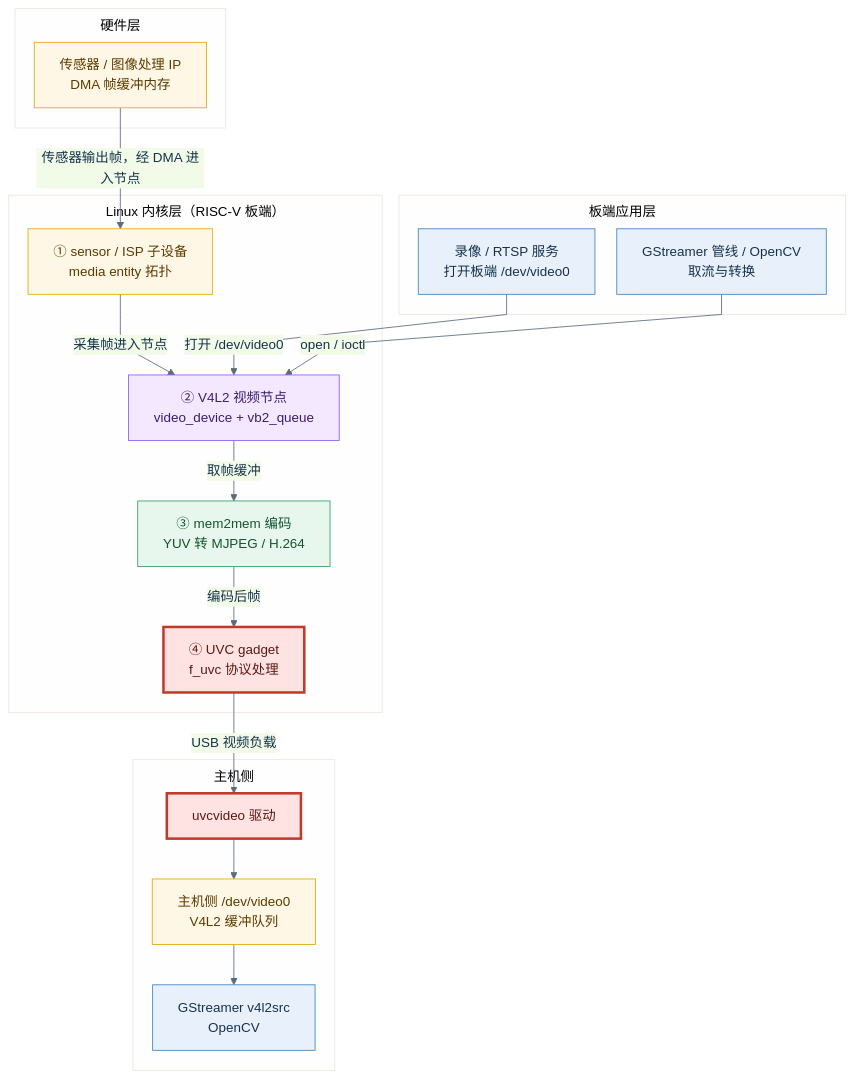
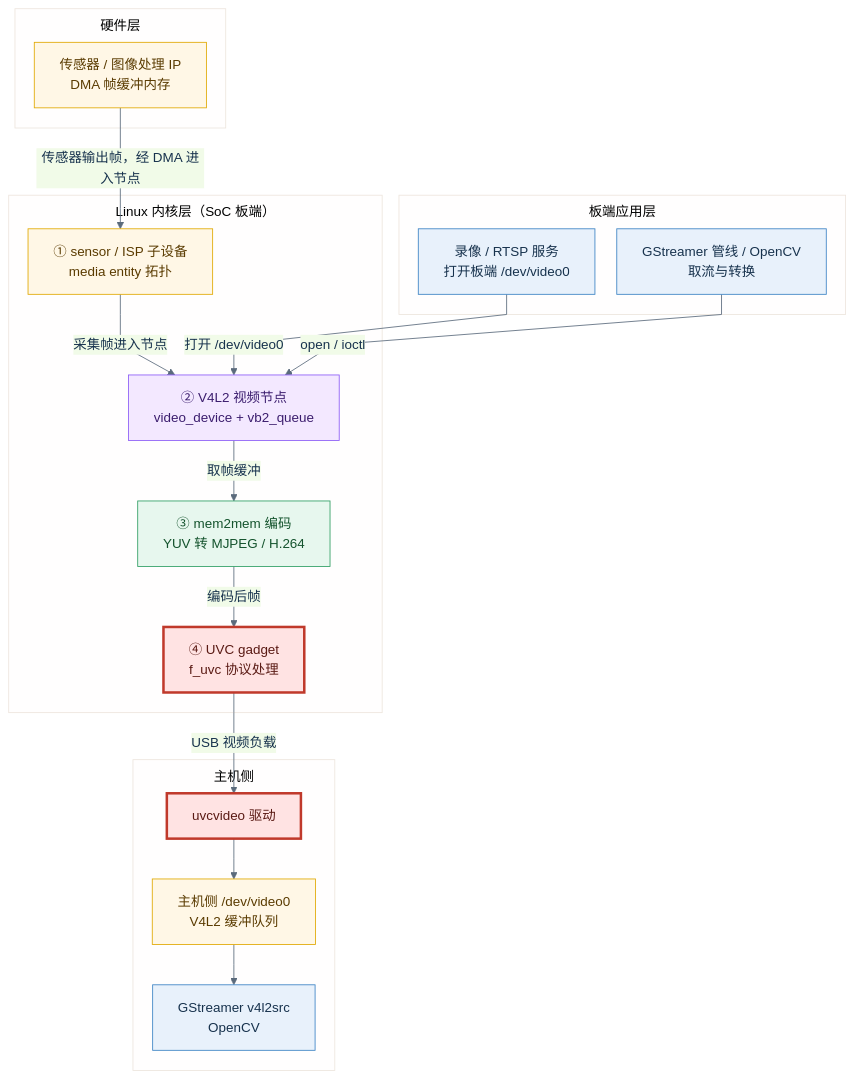
Before and after one commit to DeguiLiu/tech-notes: the ninth of 10 diagrams in content/posts/architecture/soc_video_pipeline_v4l2_dma_buf.md, drawn with Mermaid. The commit also changed other lines of this file, not shown here.

Commit message:
story-docs(blog): add framework split figure and drop migration narrative

````diff
--- a/content/posts/architecture/soc_video_pipeline_v4l2_dma_buf.md
+++ b/content/posts/architecture/soc_video_pipeline_v4l2_dma_buf.md
@@ -544,38 +570,38 @@
 ```mermaid
 %%{init: {'theme':'base','flowchart':{'nodeSpacing':26,'rankSpacing':48,'curve':'linear','subGraphTitleMargin':{'top':8,'bottom':8}},'themeVariables':{'primaryColor':'#E8F1FB','primaryTextColor':'#17324D','primaryBorderColor':'#3B82C4','lineColor':'#5B6B7C'}}}%%
 flowchart TB
   subgraph APP["板端应用层"]
     A1["录像 / RTSP 服务<br/>打开板端 /dev/video0"]:::app
     A2["GStreamer 管线 / OpenCV<br/>取流与转换"]:::app
   end
-  subgraph KERNEL["Linux 内核层（RISC-V 板端）"]
+  subgraph KERNEL["Linux 内核层（SoC 板端）"]
     K4["① sensor / ISP 子设备<br/>media entity 拓扑"]:::sensor
     K1["② V4L2 视频节点<br/>video_device + vb2_queue"]:::drv
     K2["③ mem2mem 编码<br/>YUV 转 MJPEG / H.264"]:::core
     K3["④ UVC gadget<br/>f_uvc 协议处理"]:::usb
     K4 -->|"采集帧进入节点"| K1
     K1 -->|"取帧缓冲"| K2
     K2 -->|"编码后帧"| K3
   end
   subgraph HW["硬件层"]
     H1["传感器 / 图像处理 IP<br/>DMA 帧缓冲内存"]:::hw
   end
   subgraph HOST["主机侧"]
     H2["uvcvideo 驱动"]:::usb
     H3["主机侧 /dev/video0<br/>V4L2 缓冲队列"]:::buf
     H4["GStreamer v4l2src<br/>OpenCV"]:::app
     H2 --> H3
     H3 --> H4
   end
   A1 -->|"打开 /dev/video0"| K1
   A2 -->|"open / ioctl"| K1
   H1 -->|"传感器输出帧，经 DMA 进入节点"| K4
   K3 -->|"USB 视频负载"| H2
   classDef app fill:#E8F1FB,stroke:#3B82C4,color:#17324D
   classDef core fill:#E7F7EE,stroke:#2F9E63,color:#14532D
   classDef drv fill:#F3E8FF,stroke:#8B5CF6,color:#3B1D6E
   classDef buf fill:#FFF7E6,stroke:#E0A800,color:#5A3B00
   classDef usb fill:#FFE3E3,stroke:#C0392B,stroke-width:3px,color:#5A1A14
   classDef hw fill:#FFF7E6,stroke:#E0A800,color:#5A3B00
   classDef sensor fill:#FFF7E6,stroke:#E0A800,color:#5A3B00
 ```
````
